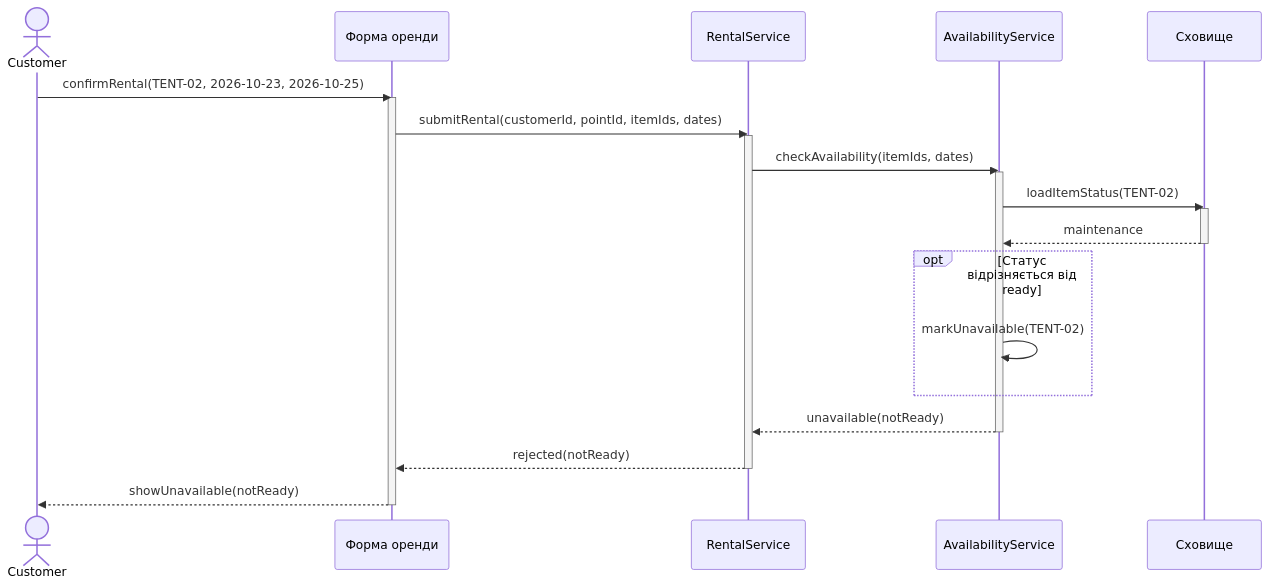
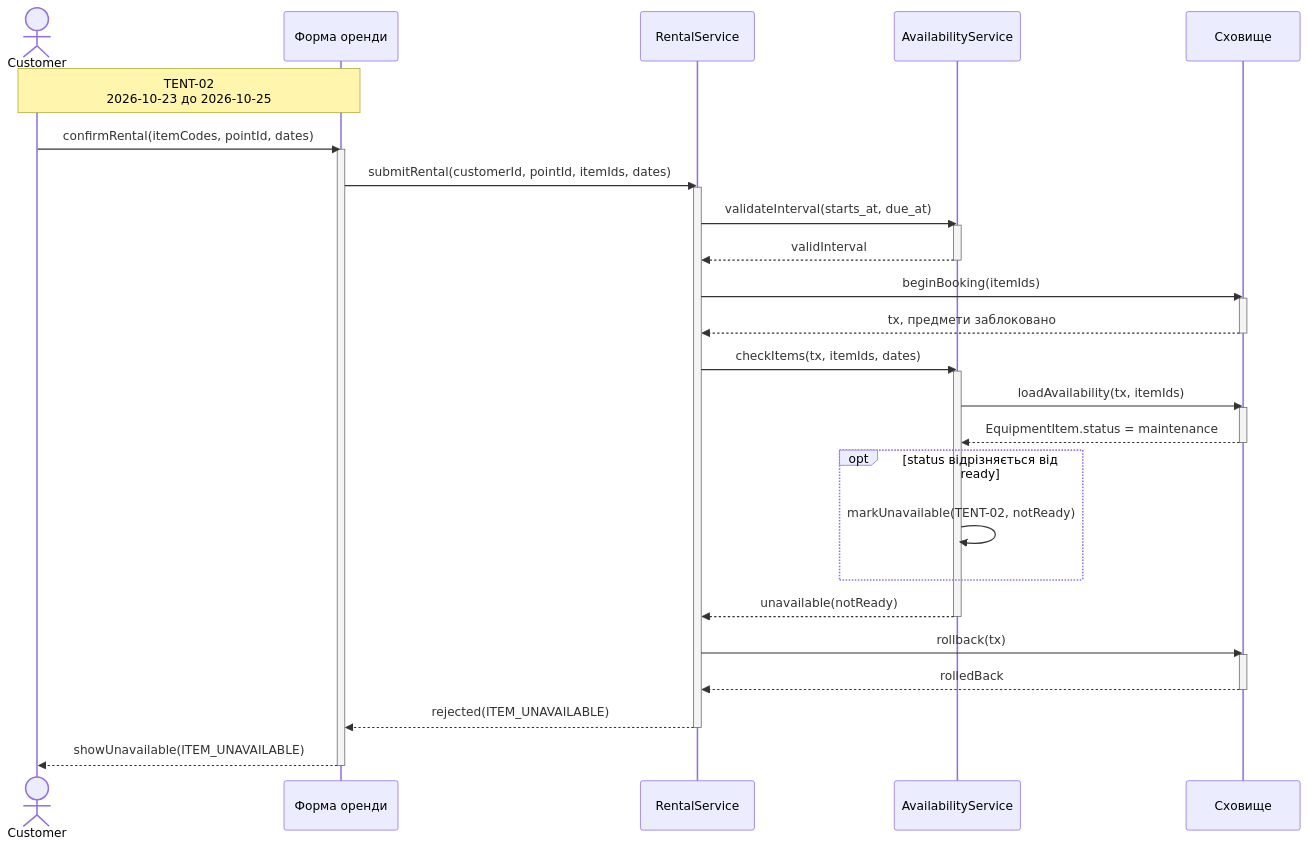
The third of 6 diagrams in Labs/lab-3/model.md (kirgafan/KPI_labs), drawn with Mermaid before and after one commit. The commit also changed other lines of this file, not shown here.

Commit message:
refactor(lab-3): regenerate sequences from audit feedback

````diff
--- a/Labs/lab-3/model.md
+++ b/Labs/lab-3/model.md
@@ -71,27 +110,40 @@
 ```mermaid
 sequenceDiagram
     actor C as Customer
     participant U as Форма оренди
     participant R as RentalService
     participant A as AvailabilityService
     participant S as Сховище
-    C->>U: confirmRental(TENT-02, 2026-10-23, 2026-10-25)
+    Note over C,U: TENT-02<br/>2026-10-23 до 2026-10-25
+    C->>U: confirmRental(itemCodes, pointId, dates)
     activate U
     U->>R: submitRental(customerId, pointId, itemIds, dates)
     activate R
-    R->>A: checkAvailability(itemIds, dates)
+    R->>A: validateInterval(starts_at, due_at)
     activate A
-    A->>S: loadItemStatus(TENT-02)
+    A-->>R: validInterval
+    deactivate A
+    R->>S: beginBooking(itemIds)
     activate S
-    S-->>A: maintenance
+    S-->>R: tx, предмети заблоковано
     deactivate S
-    opt Статус відрізняється від ready
-        A->>A: markUnavailable(TENT-02)
+    R->>A: checkItems(tx, itemIds, dates)
+    activate A
+    A->>S: loadAvailability(tx, itemIds)
+    activate S
+    S-->>A: EquipmentItem.status = maintenance
+    deactivate S
+    opt status відрізняється від ready
+        A->>A: markUnavailable(TENT-02, notReady)
     end
     A-->>R: unavailable(notReady)
     deactivate A
-    R-->>U: rejected(notReady)
+    R->>S: rollback(tx)
+    activate S
+    S-->>R: rolledBack
+    deactivate S
+    R-->>U: rejected(ITEM_UNAVAILABLE)
     deactivate R
-    U-->>C: showUnavailable(notReady)
+    U-->>C: showUnavailable(ITEM_UNAVAILABLE)
     deactivate U
 ```
````
